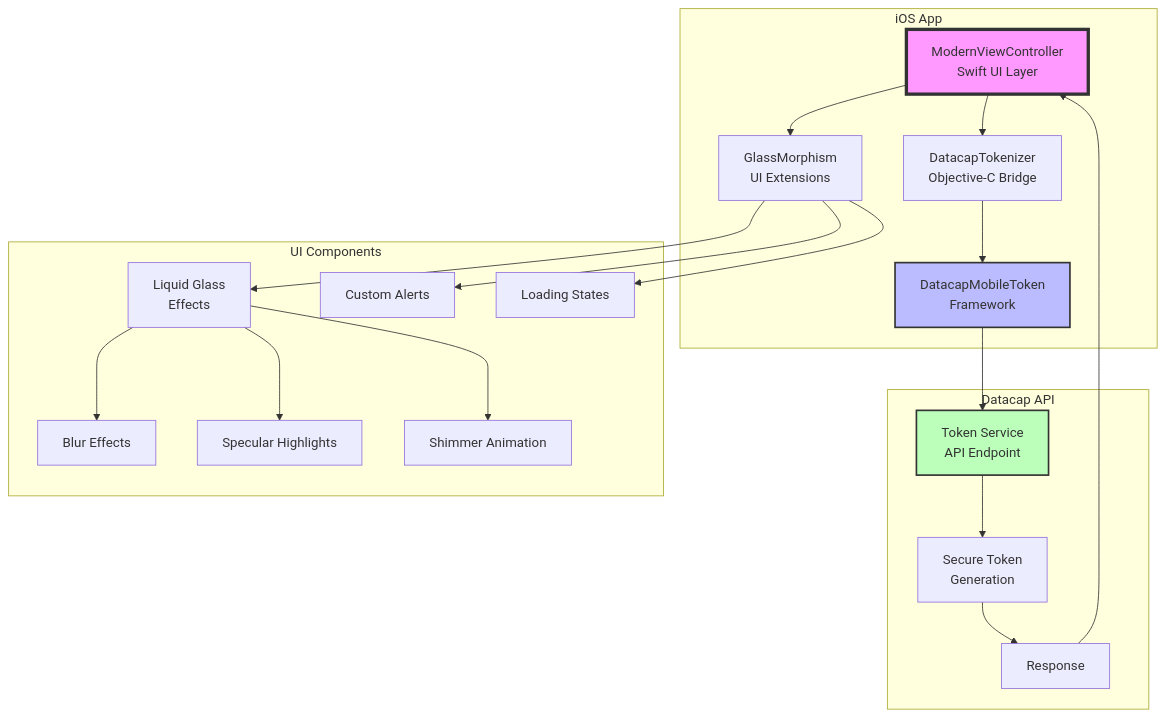
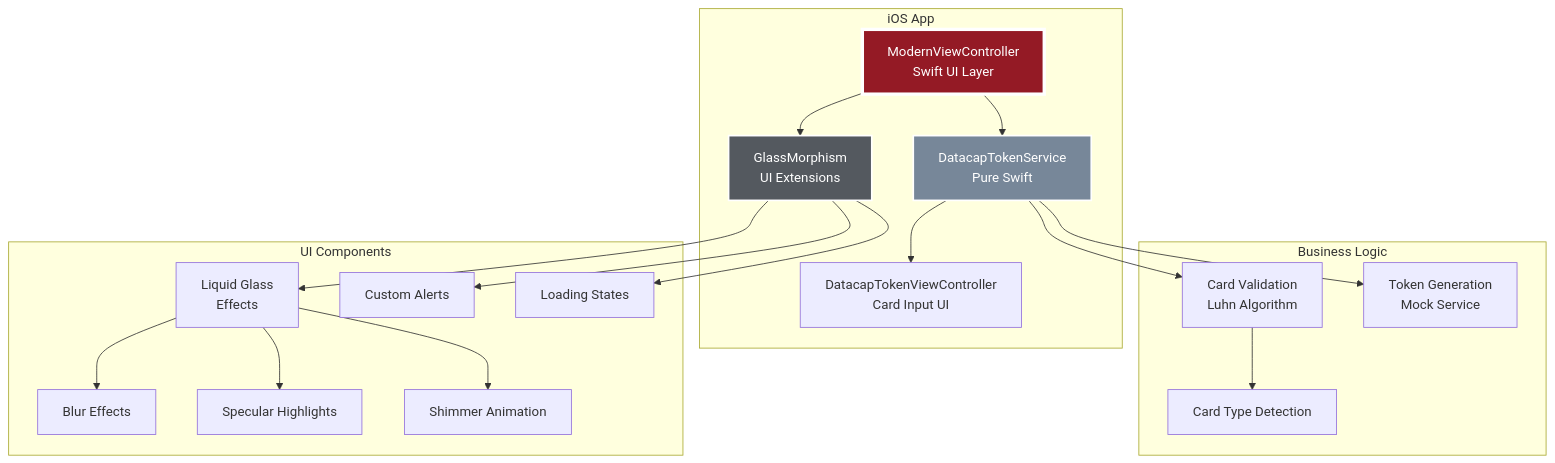
One commit to datacapsystems/Datacap-MobileToken-iOS-2025 changed the first of 3 diagrams in README.md. Above: the diagram before and after it, drawn with Mermaid. The commit also changed other lines of this file and 9 other files, not shown here.

First line of the commit message:
feat: Replace xcframework with pure Swift implementation

````diff
--- a/README.md
+++ b/README.md
@@ -35,29 +38,27 @@
 ```mermaid
 graph TB
     subgraph "iOS App"
-        A[ModernViewController<br/>Swift UI Layer] --> B[DatacapTokenizer<br/>Objective-C Bridge]
+        A[ModernViewController<br/>Swift UI Layer] --> B[DatacapTokenService<br/>Pure Swift]
         A --> C[GlassMorphism<br/>UI Extensions]
-        B --> D[DatacapMobileToken<br/>Framework]
+        B --> D[DatacapTokenViewController<br/>Card Input UI]
     end
     
-    subgraph "Datacap API"
-        D --> E[Token Service<br/>API Endpoint]
-        E --> F[Secure Token<br/>Generation]
-        F --> G[Response]
+    subgraph "Business Logic"
+        B --> E[Card Validation<br/>Luhn Algorithm]
+        B --> F[Token Generation<br/>Mock Service]
+        E --> G[Card Type Detection]
     end
     
     subgraph "UI Components"
         C --> H[Liquid Glass<br/>Effects]
         C --> I[Custom Alerts]
         C --> J[Loading States]
         H --> K[Blur Effects]
         H --> L[Specular Highlights]
         H --> M[Shimmer Animation]
     end
     
-    G --> A
-    
-    style A fill:#f9f,stroke:#333,stroke-width:4px
-    style D fill:#bbf,stroke:#333,stroke-width:2px
-    style E fill:#bfb,stroke:#333,stroke-width:2px
+    style A fill:#941a25,stroke:#fff,stroke-width:4px,color:#fff
+    style B fill:#778799,stroke:#fff,stroke-width:2px,color:#fff
+    style C fill:#54595f,stroke:#fff,stroke-width:2px,color:#fff
 ```
````
